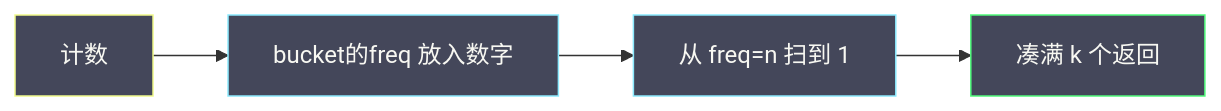
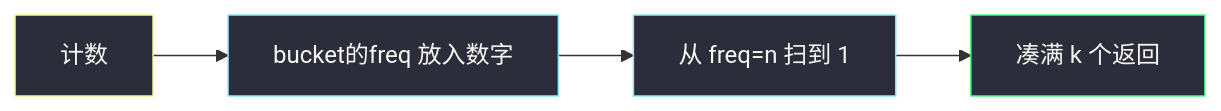
One commit to socoo123/algorithm_pratices_web changed the second of 2 diagrams in solutions/base/top-k-frequent-elements.md. Above: the diagram before and after it, drawn with Mermaid. The commit also changed other lines of this file and 10 other files, not shown here.

First line of the commit message:
Fix Mermaid contrast on parchment theme and add #438 solution.

````diff
--- a/solutions/base/top-k-frequent-elements.md
+++ b/solutions/base/top-k-frequent-elements.md
@@ -110,11 +110,11 @@
 ```mermaid
 flowchart LR
     A["计数"] --> B["bucket的freq 放入数字"]
     B --> C["从 freq=n 扫到 1"]
     C --> D["凑满 k 个返回"]
 
-    style A fill:#44475a,stroke:#f1fa8c,color:#f8f8f2
-    style B fill:#44475a,stroke:#8be9fd,color:#f8f8f2
-    style C fill:#44475a,stroke:#8be9fd,color:#f8f8f2
-    style D fill:#44475a,stroke:#50fa7b,color:#f8f8f2
+    style A fill:#2b2d3a,stroke:#f1fa8c,color:#f8f8f2
+    style B fill:#2b2d3a,stroke:#8be9fd,color:#f8f8f2
+    style C fill:#2b2d3a,stroke:#8be9fd,color:#f8f8f2
+    style D fill:#2b2d3a,stroke:#50fa7b,color:#f8f8f2
 ```
````
